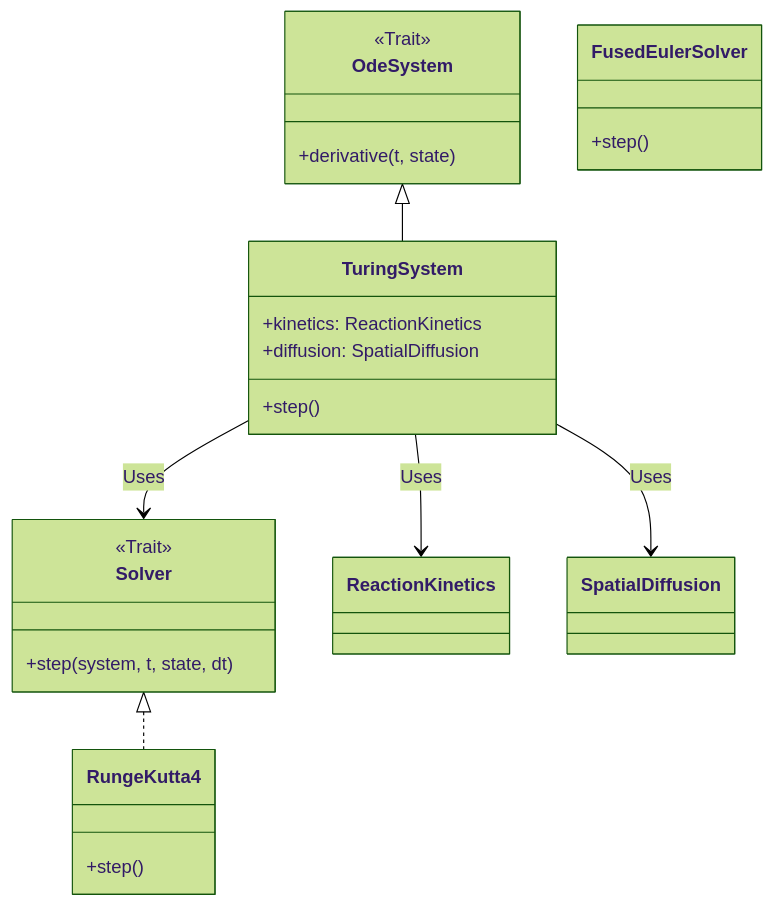
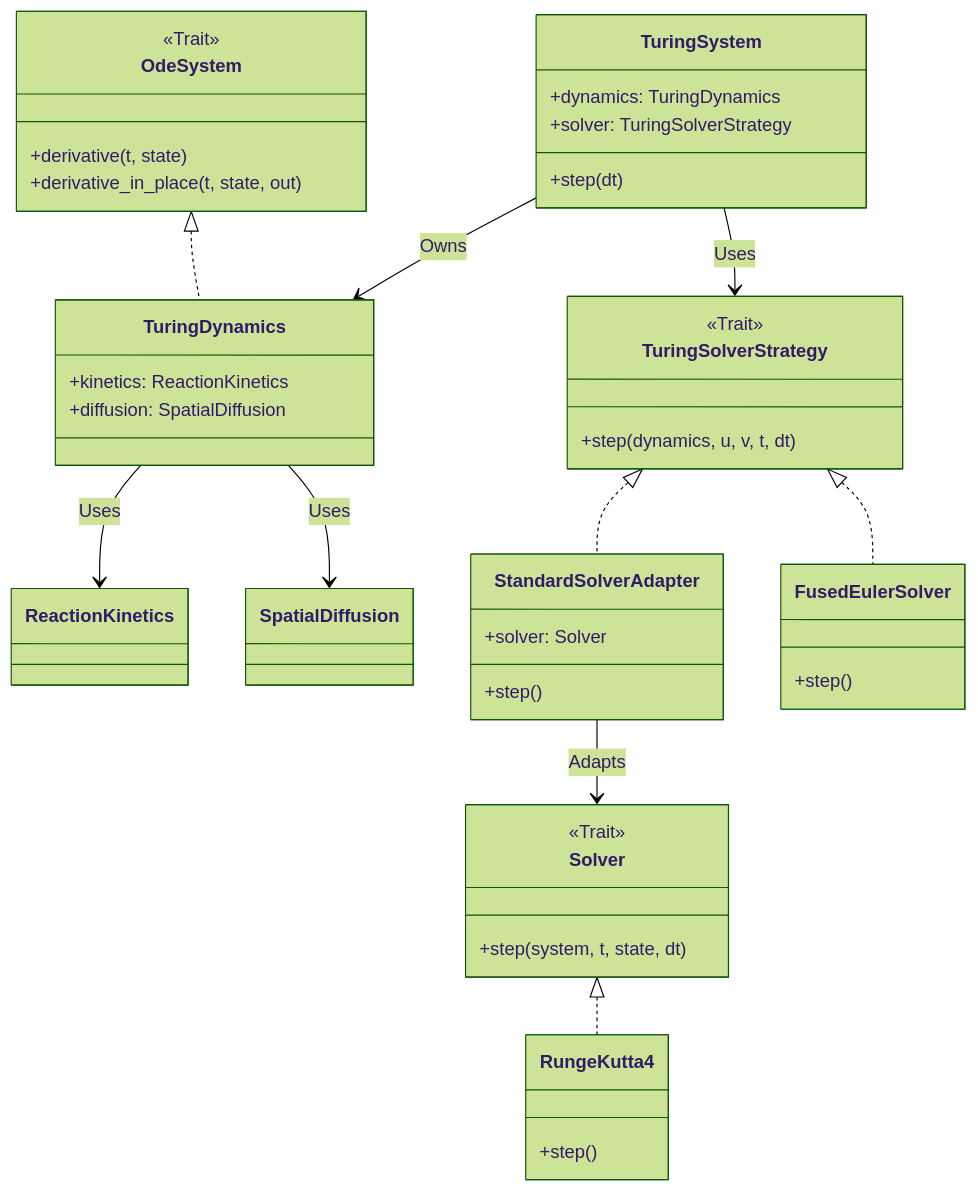
Before and after one commit to fderuiter/OxidizeMath: the second of 2 diagrams in README.md, drawn with Mermaid (forest theme). The commit also changed 228 other files, not shown here.

Commit message:
feat: fix ODE steppers, add standard derives, and enforce public Debug

````diff
--- a/README.md
+++ b/README.md
@@ -103,32 +103,52 @@
 ```mermaid
 classDiagram
     class OdeSystem {
         <<Trait>>
         +derivative(t, state)
+        +derivative_in_place(t, state, out)
     }
 
     class Solver {
         <<Trait>>
         +step(system, t, state, dt)
     }
 
-    class TuringSystem {
+    class TuringSolverStrategy {
+        <<Trait>>
+        +step(dynamics, u, v, t, dt)
+    }
+
+    class TuringDynamics {
         +kinetics: ReactionKinetics
         +diffusion: SpatialDiffusion
+    }
+
+    class TuringSystem {
+        +dynamics: TuringDynamics
+        +solver: TuringSolverStrategy
+        +step(dt)
+    }
+
+    class StandardSolverAdapter {
+        +solver: Solver
         +step()
     }
 
     class RungeKutta4 {
         +step()
     }
 
     class FusedEulerSolver {
         +step()
     }
 
-    OdeSystem <|-- TuringSystem
+    OdeSystem <|.. TuringDynamics
     Solver <|.. RungeKutta4
-    TuringSystem --> Solver : Uses
-    TuringSystem --> ReactionKinetics : Uses
-    TuringSystem --> SpatialDiffusion : Uses
+    TuringSolverStrategy <|.. StandardSolverAdapter
+    TuringSolverStrategy <|.. FusedEulerSolver
+    StandardSolverAdapter --> Solver : Adapts
+    TuringSystem --> TuringDynamics : Owns
+    TuringSystem --> TuringSolverStrategy : Uses
+    TuringDynamics --> ReactionKinetics : Uses
+    TuringDynamics --> SpatialDiffusion : Uses
 ```
````
